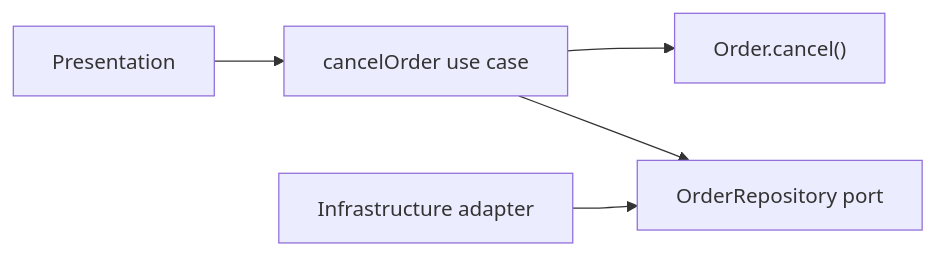
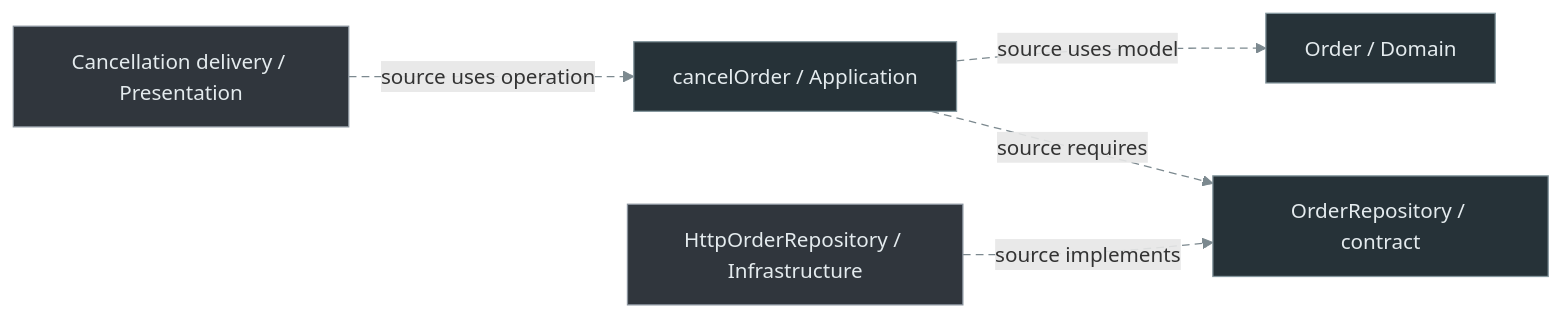
The third of 5 diagrams in foundations/code-placement.md (AndresTaoFlorez/software-architecture), drawn with Mermaid before and after one commit. The commit also changed other lines of this file and 7 other files, not shown here.

Commit message:
docs: clarify architecture diagrams and backend fixture limits

````diff
--- a/foundations/code-placement.md
+++ b/foundations/code-placement.md
@@ -100,7 +102,12 @@
 ```mermaid
 flowchart LR
-    UI["Presentation"] --> UC["cancelOrder use case"]
-    UC --> DOMAIN["Order.cancel()"]
-    UC --> PORT["OrderRepository port"]
-    ADAPTER["Infrastructure adapter"] --> PORT
+    UI["Cancellation delivery / Presentation"] -. "source uses operation" .-> UC["cancelOrder / Application"]
+    UC -. "source uses model" .-> DOMAIN["Order / Domain"]
+    UC -. "source requires" .-> PORT["OrderRepository / contract"]
+    ADAPTER["HttpOrderRepository / Infrastructure"] -. "source implements" .-> PORT
+    classDef policy fill:#263238,stroke:#85979e,color:#e4ebee
+    classDef outer fill:#30363d,stroke:#8b949e,color:#e4ebee
+    class UC,DOMAIN,PORT policy
+    class UI,ADAPTER outer
+    linkStyle default stroke:#7c898f,stroke-width:1px,stroke-dasharray:6 4
 ```
````
